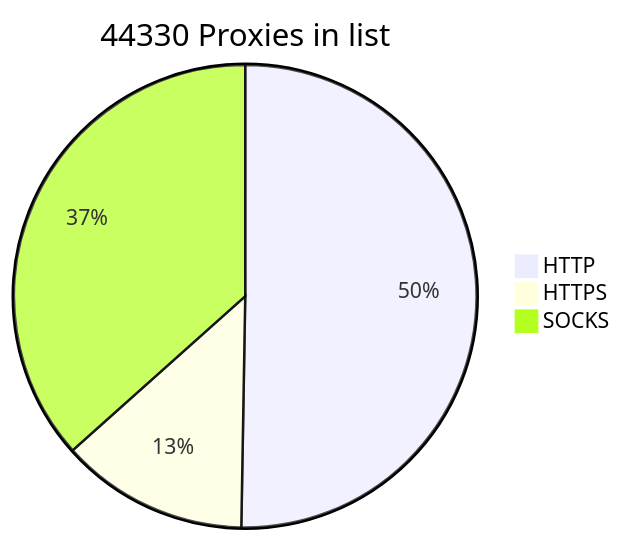
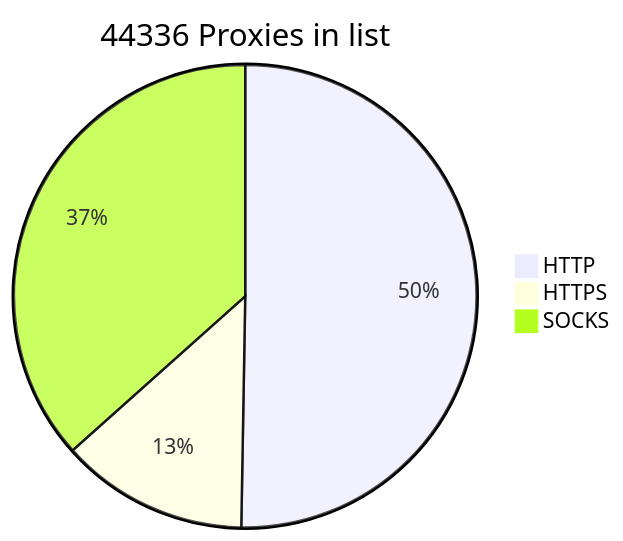
The diagram in README.md (BlackSnowDot/proxylist-update-every-minute), drawn with Mermaid before and after one commit.

````diff
--- a/README.md
+++ b/README.md
@@ -2,6 +2,6 @@
 ```mermaid
-pie title 44330 Proxies in list
-    "HTTP" : 24859
-    "HTTPS": 6492
+pie title 44336 Proxies in list
+    "HTTP" : 24862
+    "HTTPS": 6493
     "SOCKS" : 18100
 ```
````
